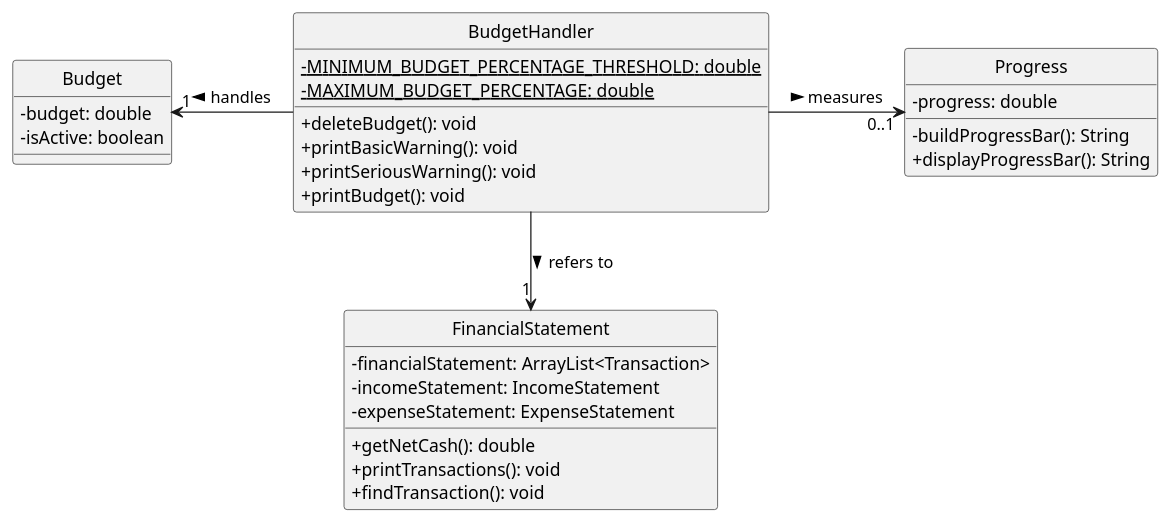
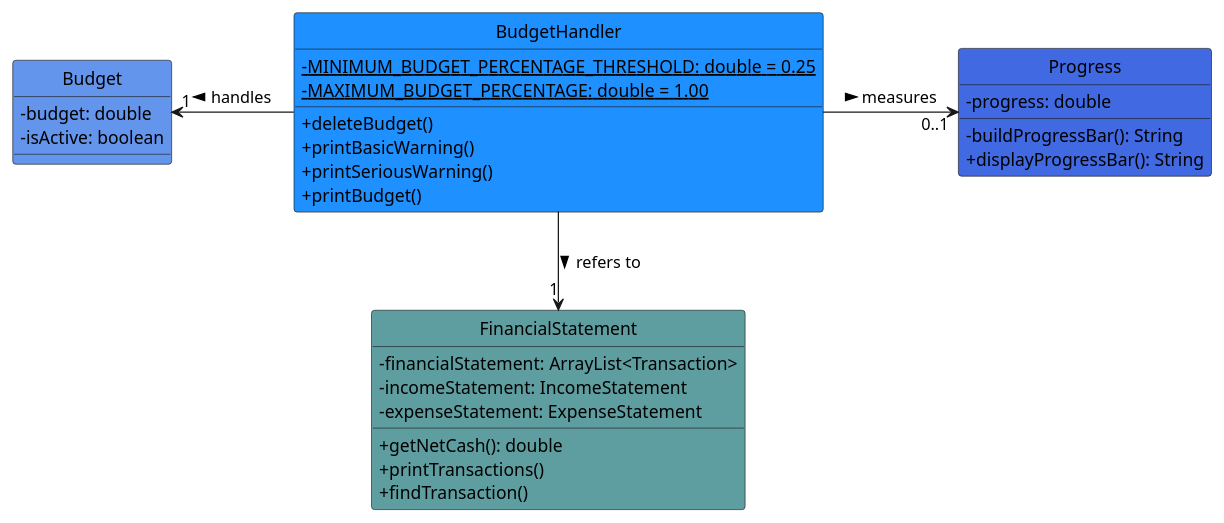
The diagram in docs/uml/budgetHandler_classDiagram.puml (nus-cs2113-AY2324S1/tp), drawn with PlantUML before and after one commit. The commit also changed 1 other file, not shown here.

Commit message:
Update BudgetHandler classDiagram and add coloring

```diff
--- a/docs/uml/budgetHandler_classDiagram.puml
+++ b/docs/uml/budgetHandler_classDiagram.puml
@@ -1,42 +1,38 @@
 @startuml
 
 skinparam Style strictuml
 skinparam classAttributeIconSize 0
 
-class           BudgetHandler
-class           Budget
-class           Progress
-class           FinancialStatement
 BudgetHandler -l-> "1" Budget : handles >
 BudgetHandler -r-> "0..1" Progress : measures >
 BudgetHandler --> "1" FinancialStatement : refers to >
 
-class BudgetHandler {
-    -{static} MINIMUM_BUDGET_PERCENTAGE_THRESHOLD: double
-    -{static} MAXIMUM_BUDGET_PERCENTAGE: double
-    +deleteBudget(): void
-    +printBasicWarning(): void
-    +printSeriousWarning(): void
-    +printBudget(): void
+class BudgetHandler #1e90ff {
+    -{static} MINIMUM_BUDGET_PERCENTAGE_THRESHOLD: double = 0.25
+    -{static} MAXIMUM_BUDGET_PERCENTAGE: double = 1.00
+    +deleteBudget()
+    +printBasicWarning()
+    +printSeriousWarning()
+    +printBudget()
 }
 
-class Budget {
+class Budget #6495ed {
     -budget: double
     -isActive: boolean
 }
 
-class Progress {
+class Progress #4169e1 {
     -progress: double
     -buildProgressBar(): String
     +displayProgressBar(): String
 }
 
-class FinancialStatement {
+class FinancialStatement #5f9ea0 {
     -financialStatement: ArrayList<Transaction>
     -incomeStatement: IncomeStatement
     -expenseStatement: ExpenseStatement
     +getNetCash(): double
-    +printTransactions(): void
-    +findTransaction(): void
+    +printTransactions()
+    +findTransaction()
 }
 @enduml
```
